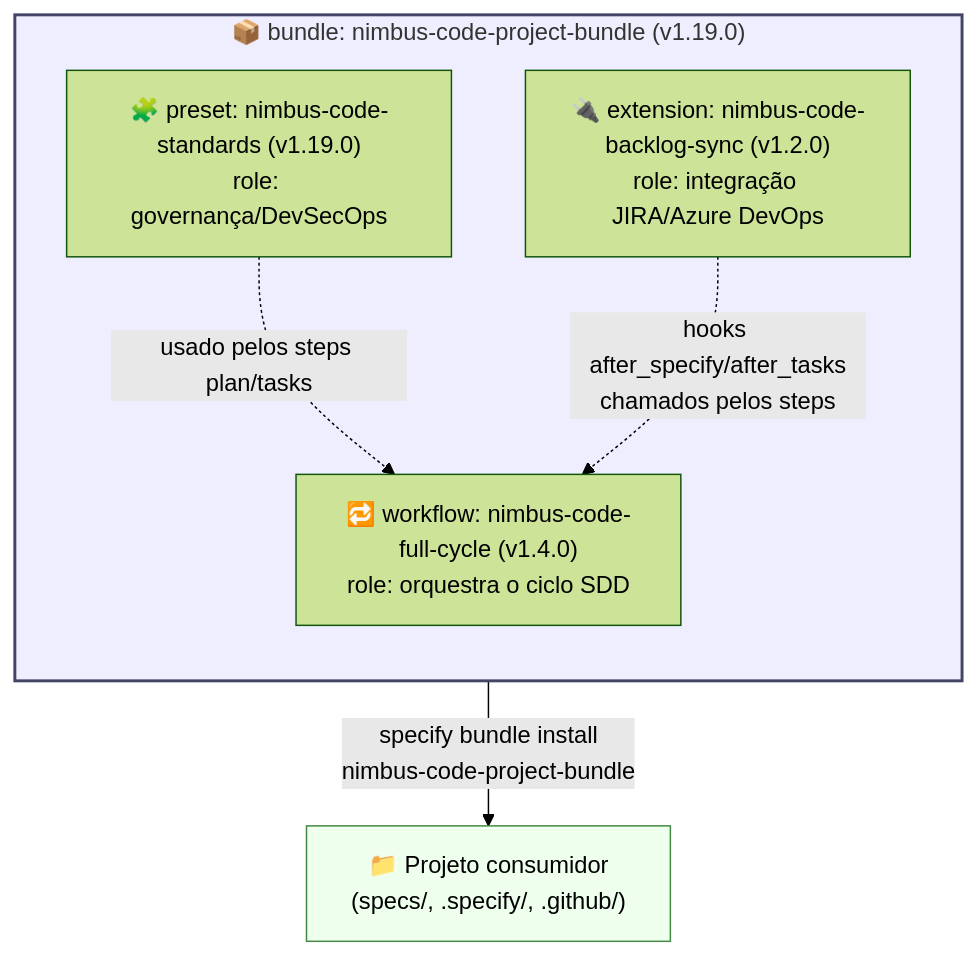
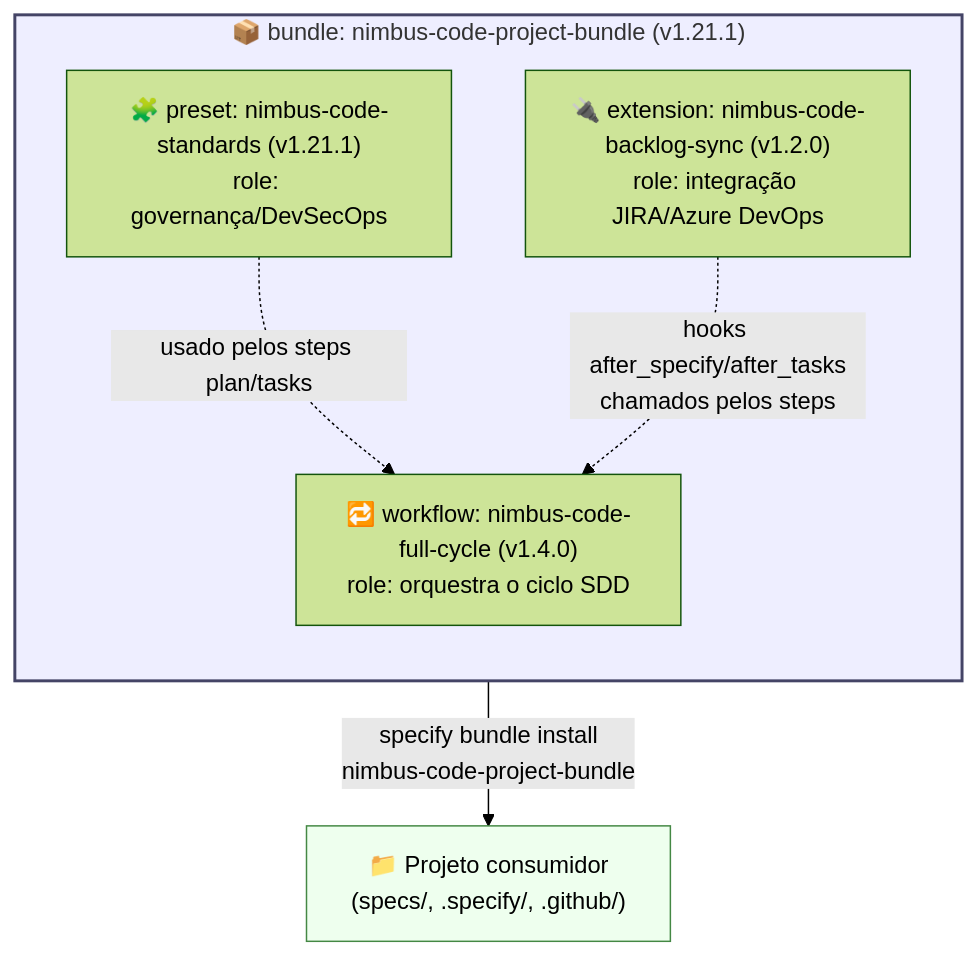
One commit to lrodriguesvpn/nimbus-code changed the second of 2 diagrams in README.md. Above: the diagram before and after it, drawn with Mermaid (forest theme). The commit also changed 156 other files, not shown here.

````diff
--- a/README.md
+++ b/README.md
@@ -163,17 +163,17 @@
 ```mermaid
 flowchart TB
-    subgraph BUNDLE["📦 bundle: nimbus-code-project-bundle (v1.19.0)"]
+    subgraph BUNDLE["📦 bundle: nimbus-code-project-bundle (v1.21.1)"]
         direction TB
-        PRESET["🧩 preset: nimbus-code-standards (v1.19.0)\nrole: governança/DevSecOps"]
+        PRESET["🧩 preset: nimbus-code-standards (v1.21.1)\nrole: governança/DevSecOps"]
         EXT["🔌 extension: nimbus-code-backlog-sync (v1.2.0)\nrole: integração JIRA/Azure DevOps"]
         WF["🔁 workflow: nimbus-code-full-cycle (v1.4.0)\nrole: orquestra o ciclo SDD"]
     end
 
     BUNDLE -->|"specify bundle install\nnimbus-code-project-bundle"| PROJ["📁 Projeto consumidor\n(specs/, .specify/, .github/)"]
 
     PRESET -. "usado pelos steps plan/tasks" .-> WF
     EXT -. "hooks after_specify/after_tasks\nchamados pelos steps" .-> WF
 
     style BUNDLE fill:#eef,stroke:#446,stroke-width:2px
     style PROJ fill:#efe,stroke:#484
 ```
````
